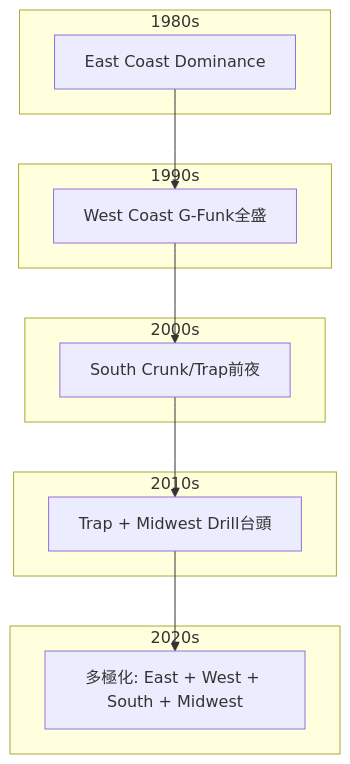
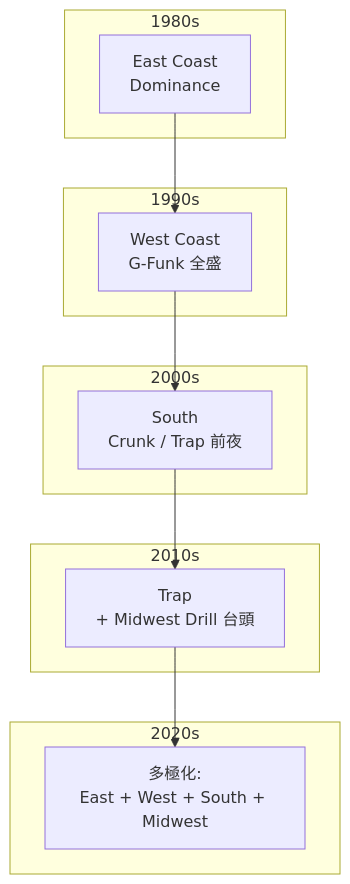
Before and after one commit to monumental-movement/monumental-movement.github.io: the second of 2 diagrams in _posts/2025-09-15-Column-Hiphop-History.md, drawn with Mermaid. The commit also changed other lines of this file, not shown here.

```diff
--- a/_posts/2025-09-15-Column-Hiphop-History.md
+++ b/_posts/2025-09-15-Column-Hiphop-History.md
@@ -305,22 +271,23 @@
 <div class="mermaid">
 
 flowchart TB
     subgraph 1980s
-        E[East Coast Dominance]
+        E[East Coast<br/>Dominance]
     end
     subgraph 1990s
-        W[West Coast G-Funk全盛]
+        W[West Coast<br/>G-Funk 全盛]
     end
     subgraph 2000s
-        S[South Crunk/Trap前夜]
+        S[South<br/>Crunk / Trap 前夜]
     end
     subgraph 2010s
-        M[Trap + Midwest Drill台頭]
+        M[Trap<br/>+ Midwest Drill 台頭]
     end
     subgraph 2020s
-        P[多極化: East + West + South + Midwest]
+        P[多極化:<br/>East + West + South + Midwest]
     end
 
     E --> W --> S --> M --> P
 
+
 </div>
```
